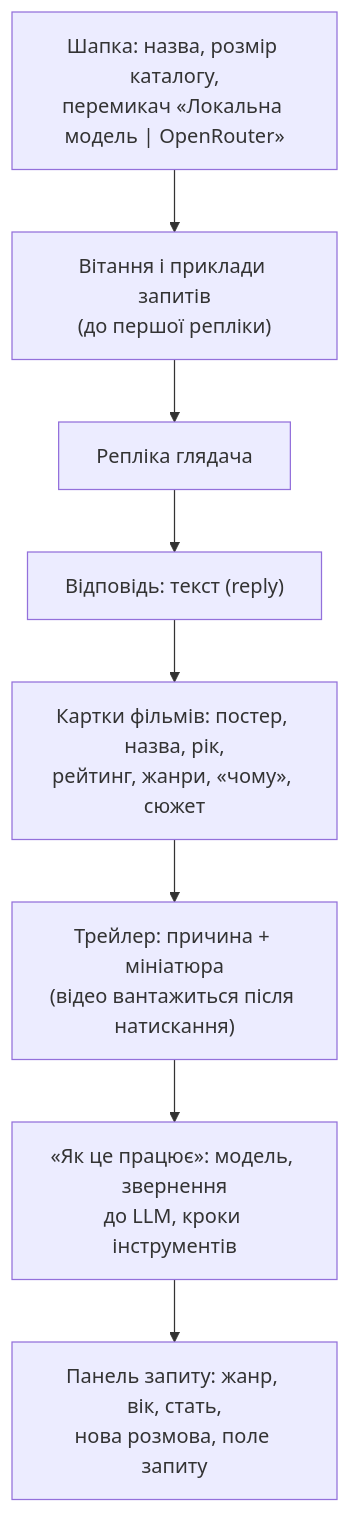
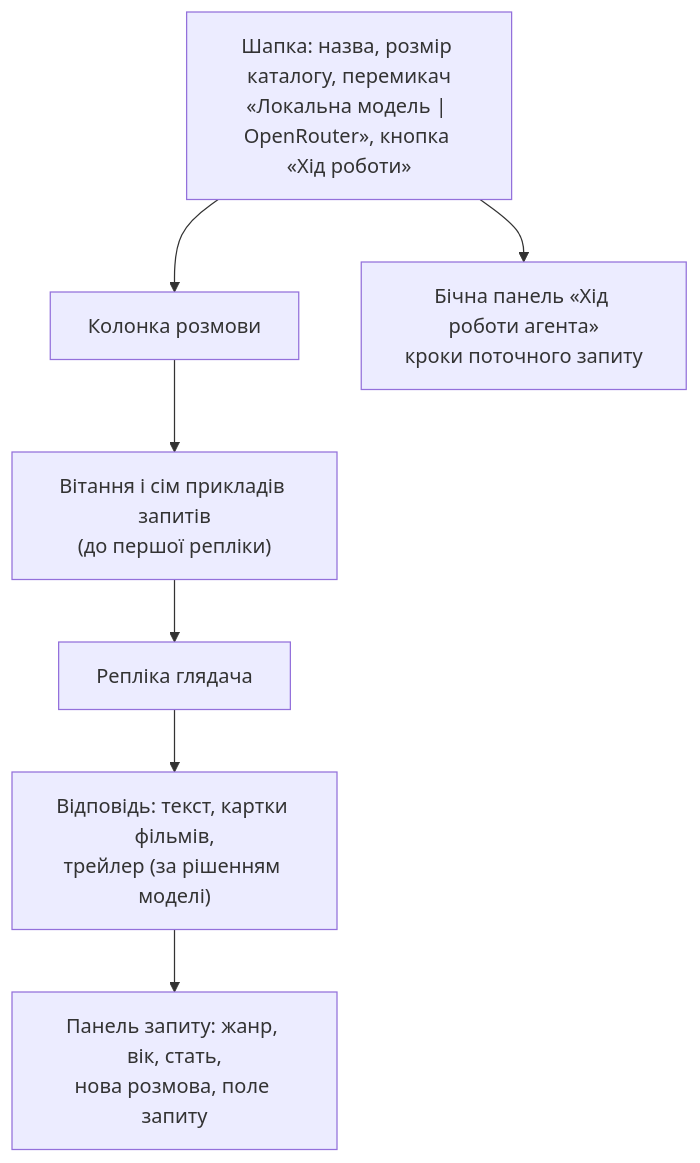
One commit to woldemarg/movie_rs changed the first of 2 diagrams in docs/04-interface.md. Above: the diagram before and after it, drawn with Mermaid. The commit also changed other lines of this file and 15 other files, not shown here.

````diff
--- a/docs/04-interface.md
+++ b/docs/04-interface.md
@@ -9,13 +7,14 @@
 ```mermaid
 flowchart TB
-    header["Шапка: назва, розмір каталогу,<br/>перемикач «Локальна модель | OpenRouter»"]
-    welcome["Вітання і приклади запитів<br/>(до першої репліки)"]
+    header["Шапка: назва, розмір каталогу, перемикач<br/>«Локальна модель | OpenRouter», кнопка «Хід роботи»"]
+    chat["Колонка розмови"]
+    welcome["Вітання і сім прикладів запитів<br/>(до першої репліки)"]
     user["Репліка глядача"]
-    reply["Відповідь: текст (reply)"]
-    cards["Картки фільмів: постер, назва, рік,<br/>рейтинг, жанри, «чому», сюжет"]
-    trailer["Трейлер: причина + мініатюра<br/>(відео вантажиться після натискання)"]
-    trace["«Як це працює»: модель, звернення<br/>до LLM, кроки інструментів"]
+    answer["Відповідь: текст, картки фільмів,<br/>трейлер (за рішенням моделі)"]
     composer["Панель запиту: жанр, вік, стать,<br/>нова розмова, поле запиту"]
+    panel["Бічна панель «Хід роботи агента»<br/>кроки поточного запиту"]
 
-    header --> welcome --> user --> reply --> cards --> trailer --> trace --> composer
+    header --> chat
+    chat --> welcome --> user --> answer --> composer
+    header --> panel
 ```
````
